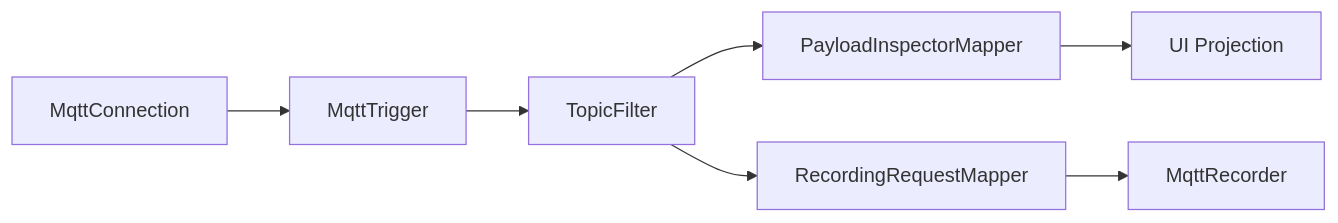
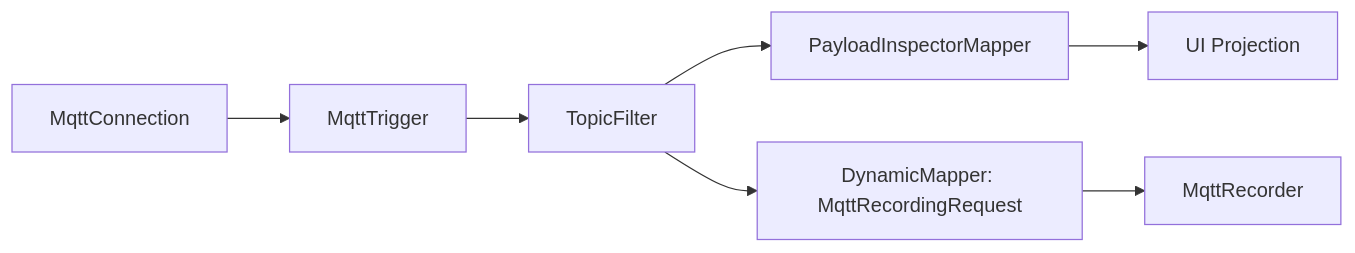
The first of 5 diagrams in docs/fork-flow.md (araxis/FluxMq), drawn with Mermaid before and after one commit. The commit also changed other lines of this file and 21 other files, not shown here.

Commit message:
fix: make flow mapping explicit (#58)

````diff
--- a/docs/fork-flow.md
+++ b/docs/fork-flow.md
@@ -17,9 +17,9 @@
 ```mermaid
 flowchart LR
     MqttConnection["MqttConnection"] --> MqttTrigger["MqttTrigger"]
     MqttTrigger --> TopicFilter["TopicFilter"]
     TopicFilter --> PayloadMapper["PayloadInspectorMapper"]
     PayloadMapper --> UiProjection["UI Projection"]
-    TopicFilter --> RecordingMapper["RecordingRequestMapper"]
+    TopicFilter --> RecordingMapper["DynamicMapper: MqttRecordingRequest"]
     RecordingMapper --> Recorder["MqttRecorder"]
 ```
````
